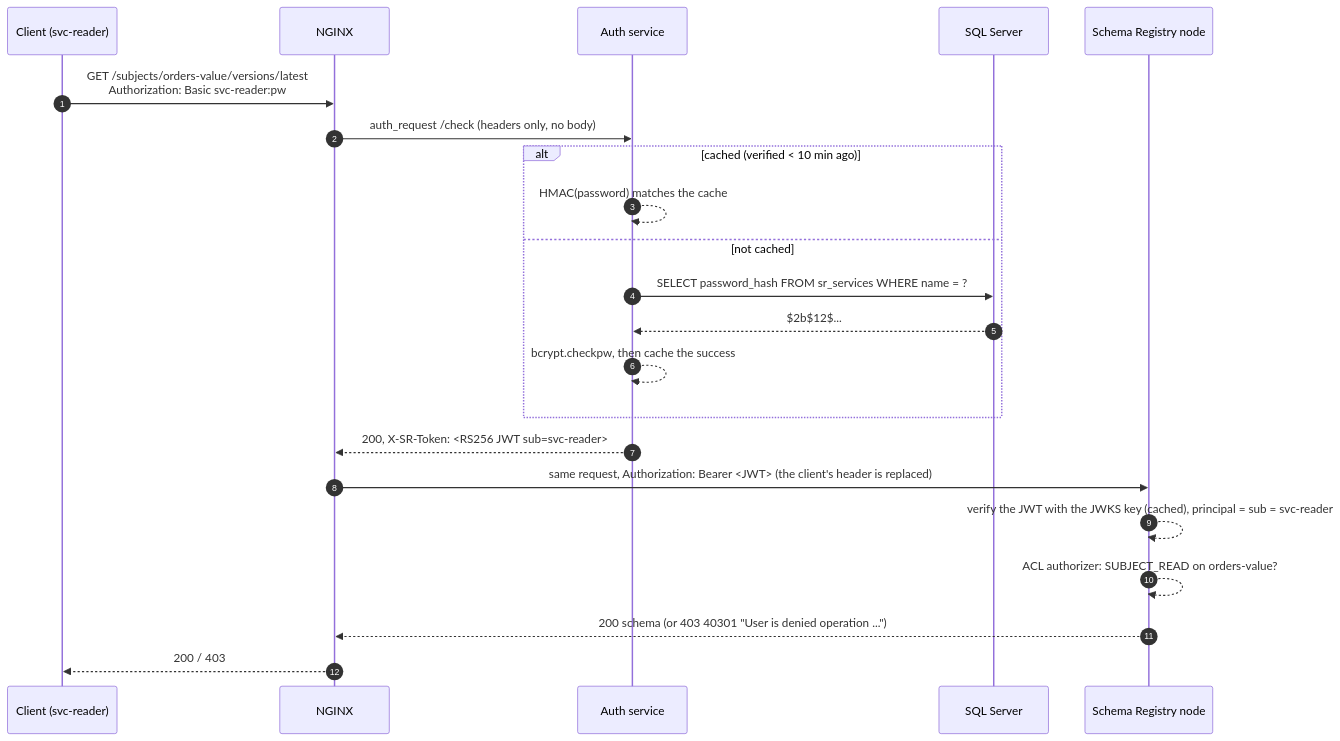
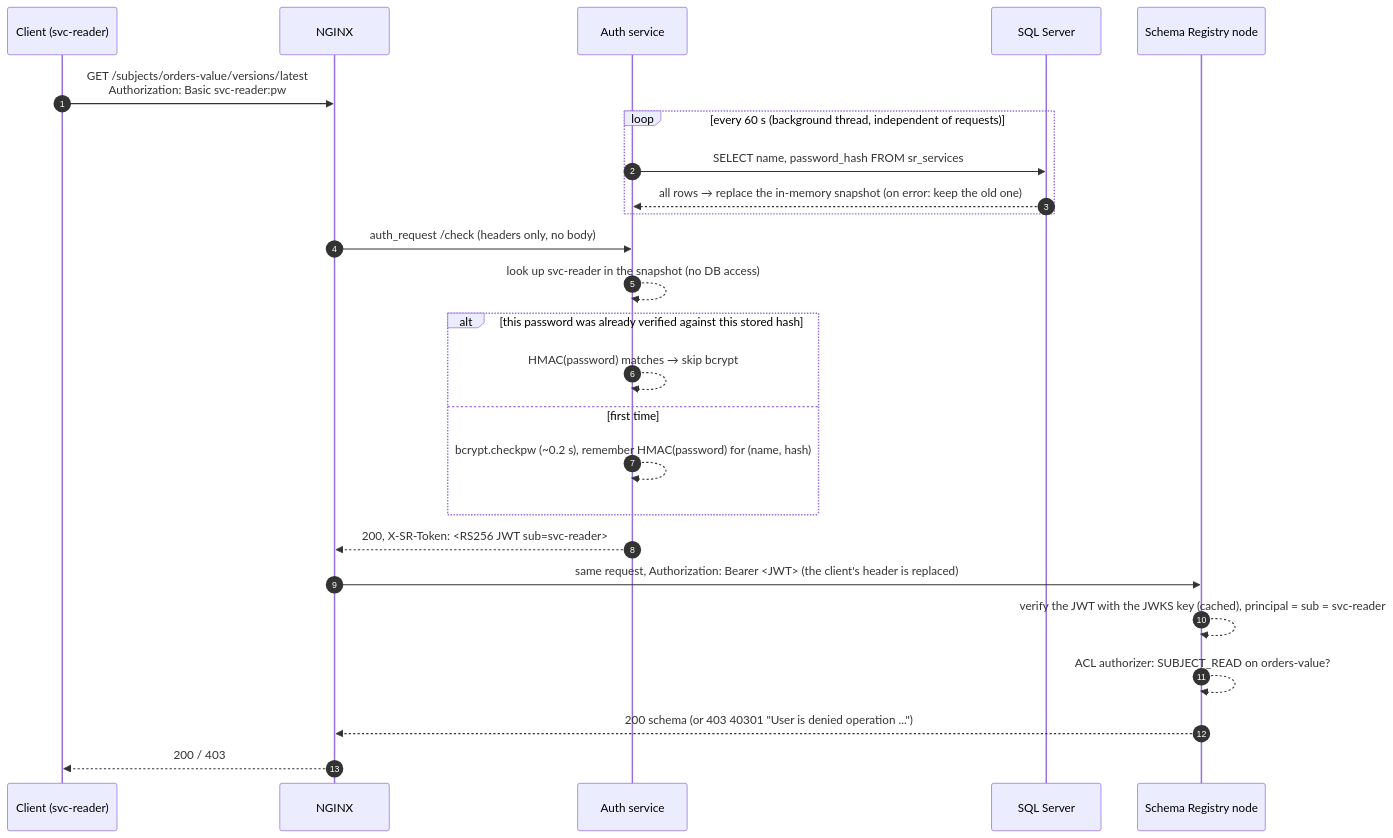
Before and after one commit to Sixchalice/schema-registry-poc: the first of 2 diagrams in jwt-poc/README.md, drawn with Mermaid. The commit also changed other lines of this file and 9 other files, not shown here.

````diff
--- a/jwt-poc/README.md
+++ b/jwt-poc/README.md
@@ -53,24 +55,27 @@
 ```mermaid
 sequenceDiagram
     autonumber
     participant C as Client (svc-reader)
     participant N as NGINX
     participant A as Auth service
     participant D as SQL Server
     participant S as Schema Registry node
     C->>N: GET /subjects/orders-value/versions/latest<br/>Authorization: Basic svc-reader:pw
+    loop every 60 s (background thread, independent of requests)
+        A->>D: SELECT name, password_hash FROM sr_services
+        D-->>A: all rows → replace the in-memory snapshot (on error: keep the old one)
+    end
     N->>A: auth_request /check (headers only, no body)
-    alt cached (verified < 10 min ago)
-        A-->>A: HMAC(password) matches the cache
-    else not cached
-        A->>D: SELECT password_hash FROM sr_services WHERE name = ?
-        D-->>A: $2b$12$...
-        A-->>A: bcrypt.checkpw, then cache the success
+    A-->>A: look up svc-reader in the snapshot (no DB access)
+    alt this password was already verified against this stored hash
+        A-->>A: HMAC(password) matches → skip bcrypt
+    else first time
+        A-->>A: bcrypt.checkpw (~0.2 s), remember HMAC(password) for (name, hash)
     end
     A-->>N: 200, X-SR-Token: <RS256 JWT sub=svc-reader>
     N->>S: same request, Authorization: Bearer <JWT> (the client's header is replaced)
     S-->>S: verify the JWT with the JWKS key (cached), principal = sub = svc-reader
     S-->>S: ACL authorizer: SUBJECT_READ on orders-value?
     S-->>N: 200 schema (or 403 40301 "User is denied operation ...")
     N-->>C: 200 / 403
 ```
````
